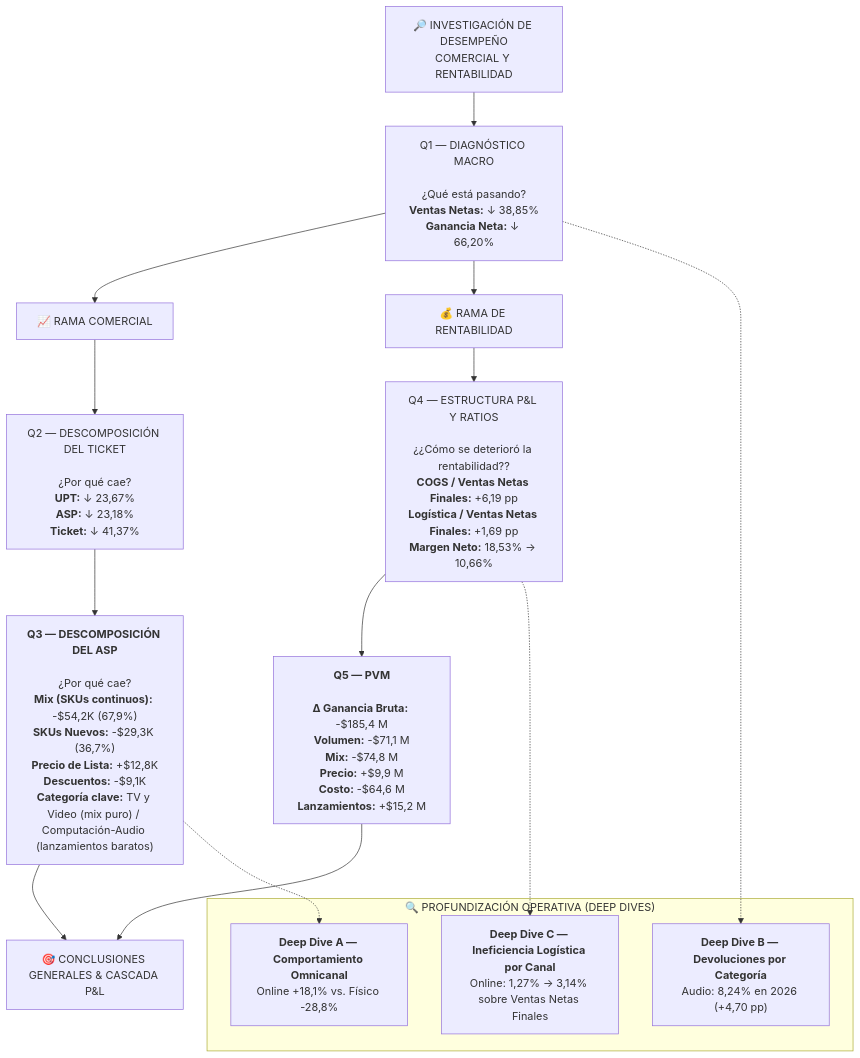
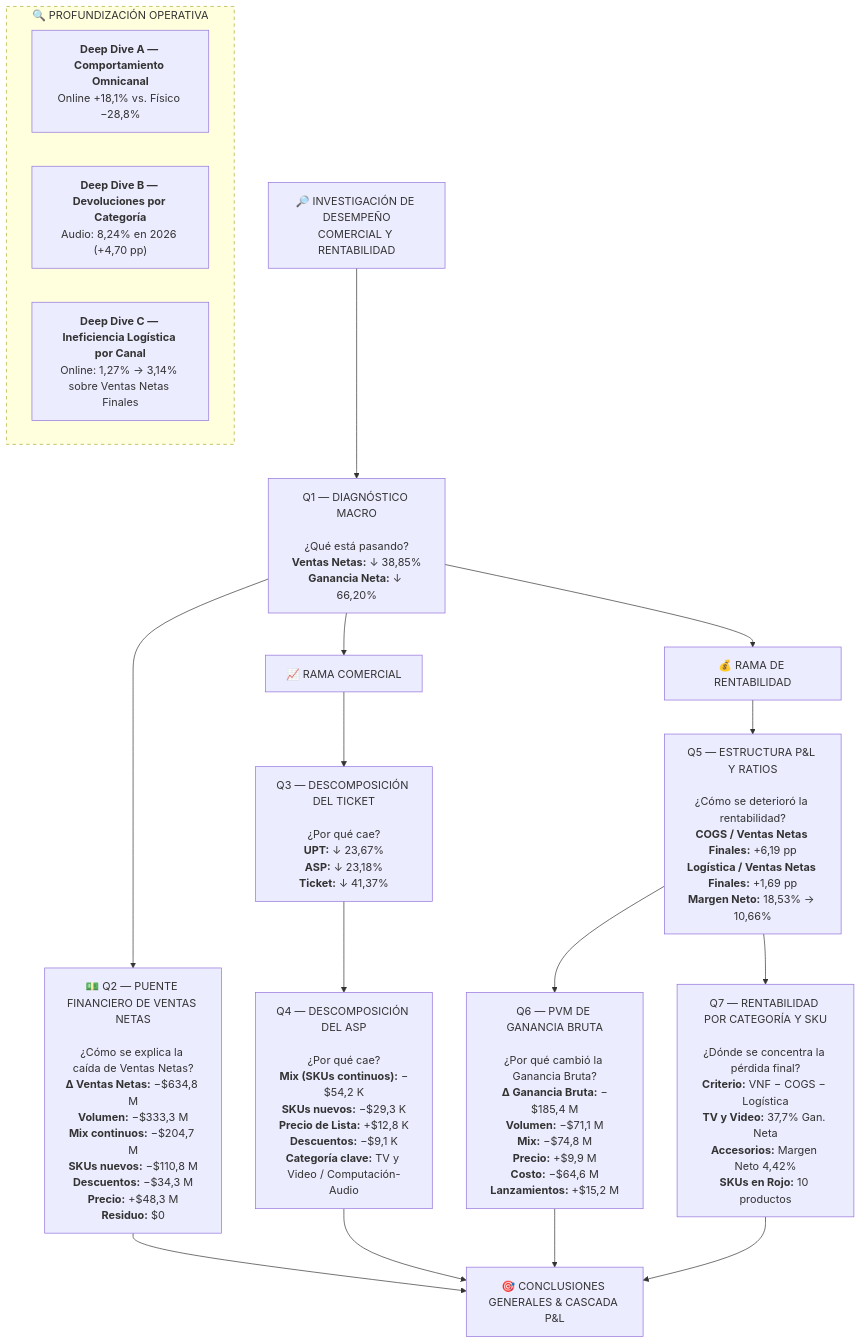
Before and after one commit to manticafacundoelian/dbt_elt_analytics: the second of 3 diagrams in sql_business_analysis/README.md, drawn with Mermaid. The commit also changed other lines of this file, not shown here.

````diff
--- a/sql_business_analysis/README.md
+++ b/sql_business_analysis/README.md
@@ -21,32 +1052,36 @@
 ```mermaid
 flowchart TD
     A["🔎 INVESTIGACIÓN DE DESEMPEÑO<br/>COMERCIAL Y RENTABILIDAD"]
 
     A --> B["Q1 — DIAGNÓSTICO MACRO<br/><br/>¿Qué está pasando?<br/><b>Ventas Netas:</b> ↓ 38,85%<br/><b>Ganancia Neta:</b> ↓ 66,20%"]
 
-    B --> C["📈 RAMA COMERCIAL"]
-    B --> D["💰 RAMA DE RENTABILIDAD"]
+    B --> C["💵 Q2 — PUENTE FINANCIERO DE VENTAS NETAS<br/><br/>¿Cómo se explica la caída de Ventas Netas?<br/><b>Δ Ventas Netas:</b> −$634,8 M<br/><b>Volumen:</b> −$333,3 M<br/><b>Mix continuos:</b> −$204,7 M<br/><b>SKUs nuevos:</b> −$110,8 M<br/><b>Descuentos:</b> −$34,3 M<br/><b>Precio:</b> +$48,3 M<br/><b>Residuo:</b> $0"]
 
-    C --> C1["Q2 — DESCOMPOSICIÓN DEL TICKET<br/><br/>¿Por qué cae?<br/><b>UPT:</b> ↓ 23,67%<br/><b>ASP:</b> ↓ 23,18%<br/><b>Ticket:</b> ↓ 41,37%"]
+    B --> D["📈 RAMA COMERCIAL"]
+    B --> E["💰 RAMA DE RENTABILIDAD"]
 
-    C1 --> C2["<b>Q3 — DESCOMPOSICIÓN DEL ASP</b><br/><br/>¿Por qué cae?<br/><b>Mix (SKUs continuos):</b> -$54,2K (67,9%)<br/><b>SKUs Nuevos:</b> -$29,3K (36,7%)<br/><b>Precio de Lista:</b> +$12,8K<br/><b>Descuentos:</b> -$9,1K<br/><b>Categoría clave:</b> TV y Video (mix puro) / Computación-Audio (lanzamientos baratos)"]
+    D --> D1["Q3 — DESCOMPOSICIÓN DEL TICKET<br/><br/>¿Por qué cae?<br/><b>UPT:</b> ↓ 23,67%<br/><b>ASP:</b> ↓ 23,18%<br/><b>Ticket:</b> ↓ 41,37%"]
 
-    D --> D1["Q4 — ESTRUCTURA P&L Y RATIOS<br/><br/>¿¿Cómo se deterioró la rentabilidad??<br/><b>COGS / Ventas Netas Finales:</b> +6,19 pp<br/><b>Logística / Ventas Netas Finales:</b> +1,69 pp<br/><b>Margen Neto:</b> 18,53% → 10,66%"]
+    D1 --> D2["Q4 — DESCOMPOSICIÓN DEL ASP<br/><br/>¿Por qué cae?<br/><b>Mix (SKUs continuos):</b> −$54,2 K<br/><b>SKUs nuevos:</b> −$29,3 K<br/><b>Precio de Lista:</b> +$12,8 K<br/><b>Descuentos:</b> −$9,1 K<br/><b>Categoría clave:</b> TV y Video / Computación-Audio"]
 
-    D1 --> D2["<b>Q5 — PVM</b><br/><br/><b>Δ Ganancia Bruta:</b> -$185,4 M<br/><b>Volumen:</b> -$71,1 M<br/><b>Mix:</b> -$74,8 M<br/><b>Precio:</b> +$9,9 M<br/><b>Costo:</b> -$64,6 M<br/><b>Lanzamientos:</b> +$15,2 M"]
+    E --> E1["Q5 — ESTRUCTURA P&L Y RATIOS<br/><br/>¿Cómo se deterioró la rentabilidad?<br/><b>COGS / Ventas Netas Finales:</b> +6,19 pp<br/><b>Logística / Ventas Netas Finales:</b> +1,69 pp<br/><b>Margen Neto:</b> 18,53% → 10,66%"]
 
-    C2 --> E["🎯 CONCLUSIONES GENERALES & CASCADA P&L"]
-    D2 --> E
+    E1 --> E2["Q6 — PVM DE GANANCIA BRUTA<br/><br/>¿Por qué cambió la Ganancia Bruta?<br/><b>Δ Ganancia Bruta:</b> −$185,4 M<br/><b>Volumen:</b> −$71,1 M<br/><b>Mix:</b> −$74,8 M<br/><b>Precio:</b> +$9,9 M<br/><b>Costo:</b> −$64,6 M<br/><b>Lanzamientos:</b> +$15,2 M"]
 
-    subgraph DEEP_DIVES ["🔍 PROFUNDIZACIÓN OPERATIVA (DEEP DIVES)"]
-        DDA["<b>Deep Dive A — Comportamiento Omnicanal</b><br/>Online +18,1% vs. Físico -28,8%"]
+    E1 --> E3["Q7 — RENTABILIDAD POR CATEGORÍA Y SKU<br/><br/>¿Dónde se concentra la pérdida final?<br/><b>Criterio:</b> VNF − COGS − Logística<br/><b>TV y Video:</b> 37,7% Gan. Neta<br/><b>Accesorios:</b> Margen Neto 4,42%<br/><b>SKUs en Rojo:</b> 10 productos"]
 
-        DDB["<b>Deep Dive B — Devoluciones por Categoría</b><br/>Audio: 8,24% en 2026 (+4,70 pp)"]
- 
-        DDC["<b>Deep Dive C — Ineficiencia Logística por Canal</b><br/>Online: 1,27% → 3,14% sobre Ventas Netas Finales"]
+    C --> F["🎯 CONCLUSIONES GENERALES & CASCADA P&L"]
+    D2 --> F
+    E2 --> F
+    E3 --> F
+
+    subgraph DEEP_DIVES ["🔍 PROFUNDIZACIÓN OPERATIVA"]
+        G["<b>Deep Dive A — Comportamiento Omnicanal</b><br/>Online +18,1% vs. Físico −28,8%"]
+
+        H["<b>Deep Dive B — Devoluciones por Categoría</b><br/>Audio: 8,24% en 2026 (+4,70 pp)"]
+
+        I["<b>Deep Dive C — Ineficiencia Logística por Canal</b><br/>Online: 1,27% → 3,14% sobre Ventas Netas Finales"]
     end
 
-    C2 -.-> DDA
-    B -.-> DDB
-    D1 -.-> DDC
+    style DEEP_DIVES stroke-dasharray: 5 5
 ```
````
